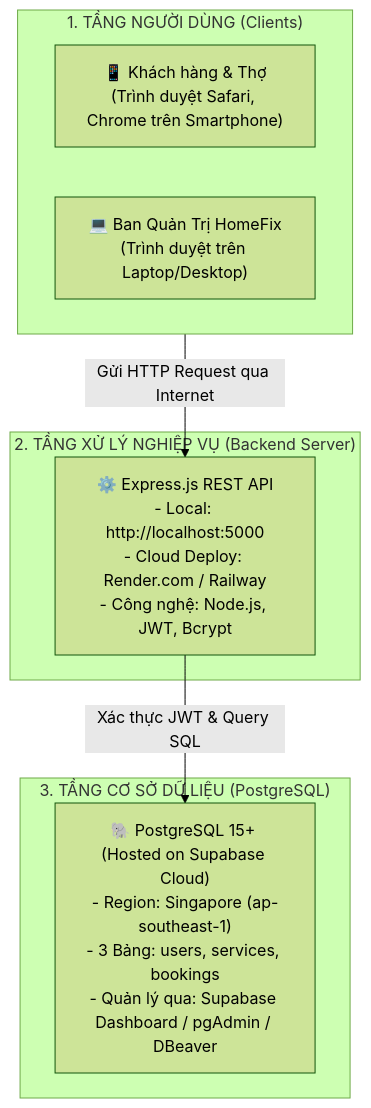
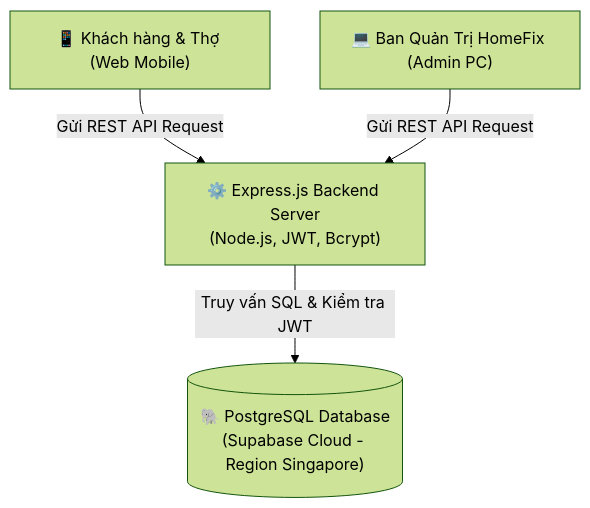
One commit to Reddy1606/HomeFix changed the diagram in backend/README.md. Above: the diagram before and after it, drawn with Mermaid (forest theme). The commit also changed 1 other file, not shown here.

Commit message:
fix(docs): fix Mermaid diagram syntax for GitHub renderer

````diff
--- a/backend/README.md
+++ b/backend/README.md
@@ -11,18 +11,6 @@
 ```mermaid
 graph TD
-    subgraph Client ["1. TẦNG NGƯỜI DÙNG (Clients)"]
-        Mobile["📱 Khách hàng & Thợ\n(Trình duyệt Safari, Chrome trên Smartphone)"]
-        AdminPC["💻 Ban Quản Trị HomeFix\n(Trình duyệt trên Laptop/Desktop)"]
-    end
-
-    subgraph BackendApp ["2. TẦNG XỬ LÝ NGHIỆP VỤ (Backend Server)"]
-        Server["⚙️ Express.js REST API\n- Local: http://localhost:5000\n- Cloud Deploy: Render.com / Railway\n- Công nghệ: Node.js, JWT, Bcrypt"]
-    end
-
-    subgraph DatabaseLayer ["3. TẦNG CƠ SỞ DỮ LIỆU (PostgreSQL)"]
-        DB["🐘 PostgreSQL 15+ (Hosted on Supabase Cloud)\n- Region: Singapore (ap-southeast-1)\n- 3 Bảng: users, services, bookings\n- Quản lý qua: Supabase Dashboard / pgAdmin / DBeaver"]
-    end
-
-    Client -->|Gửi HTTP Request qua Internet| Server
-    Server -->|Xác thực JWT & Query SQL| DB
+    A["📱 Khách hàng & Thợ (Web Mobile)"] -->|Gửi REST API Request| C["⚙️ Express.js Backend Server<br/>(Node.js, JWT, Bcrypt)"]
+    B["💻 Ban Quản Trị HomeFix (Admin PC)"] -->|Gửi REST API Request| C
+    C -->|Truy vấn SQL & Kiểm tra JWT| D[("🐘 PostgreSQL Database<br/>(Supabase Cloud - Region Singapore)")]
 ```
````
